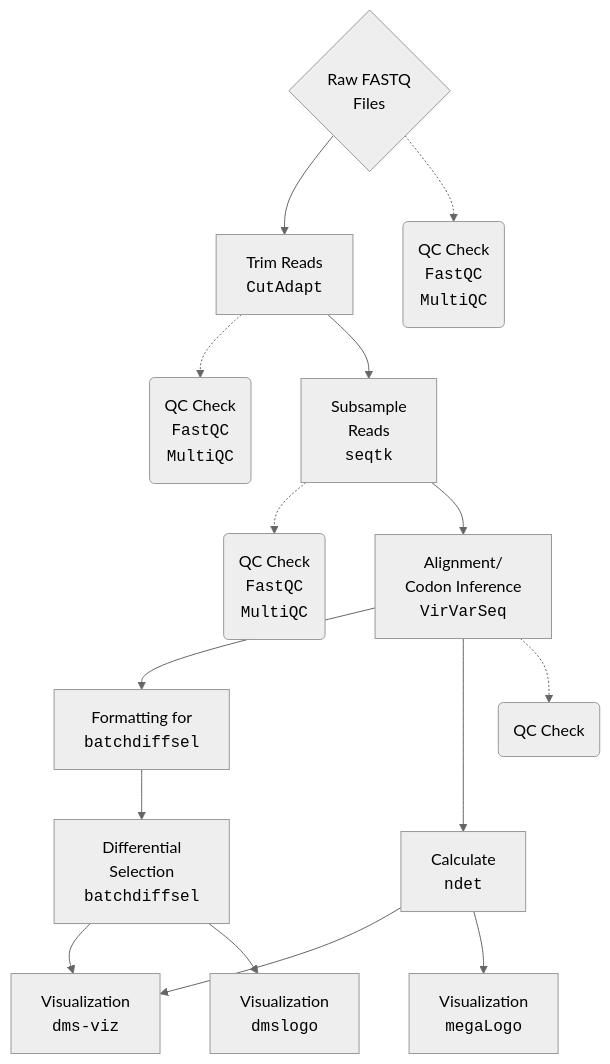
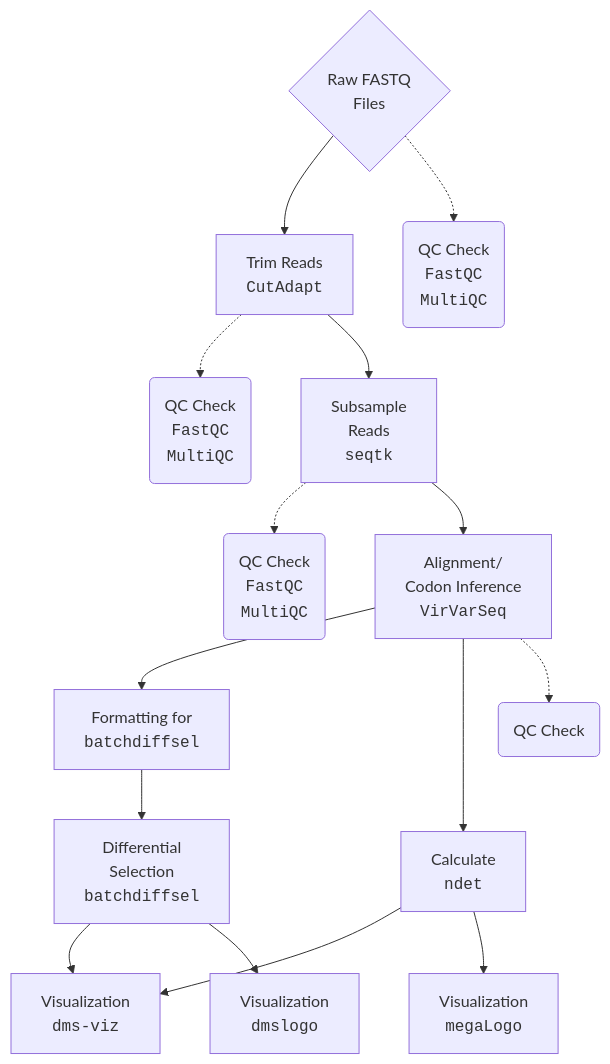
One commit to tmorrisonlab/chikvdms-mAb-paper changed the diagram in docs/index.qmd. Above: the diagram before and after it, drawn with Mermaid. The commit also changed other lines of this file and 21 other files, not shown here.

````diff
--- a/docs/index.qmd
+++ b/docs/index.qmd
@@ -97,20 +85,18 @@
 ```{mermaid}
-%%{init: {"theme": "neutral"}}%%
-
 flowchart TB
   A{"Raw FASTQ<br>Files"}
   A --> B["Trim Reads<br><code>CutAdapt</code>"]
   A -.-> C("QC Check<br><code>FastQC</code><br><code>MultiQC</code>")
   B -.-> D("QC Check<br><code>FastQC</code><br><code>MultiQC</code>")
   B --> E["Subsample<br>Reads<br><code>seqtk</code>"]
   E -.-> F("QC Check<br><code>FastQC</code><br><code>MultiQC</code>")
   E --> G["Alignment/<br>Codon Inference"<br><code>VirVarSeq</code>]
   G --> H["Formatting for<br><code>batchdiffsel</code>"]
   G --> I["Calculate<br><code>ndet</code>"]
   G -.-> J("QC Check")
   I --> K["Visualization<br><code>dms-viz</code>"]
   H --> L["Differential<br>Selection<br><code>batchdiffsel</code>"]
   L --> K
   L --> M["Visualization<br><code>dmslogo</code>"]
   I --> N["Visualization<br><code>megaLogo</code>"]
 ```
````
